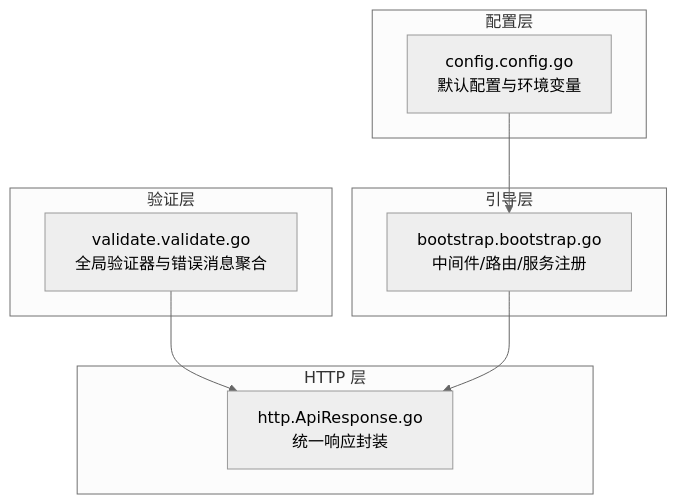
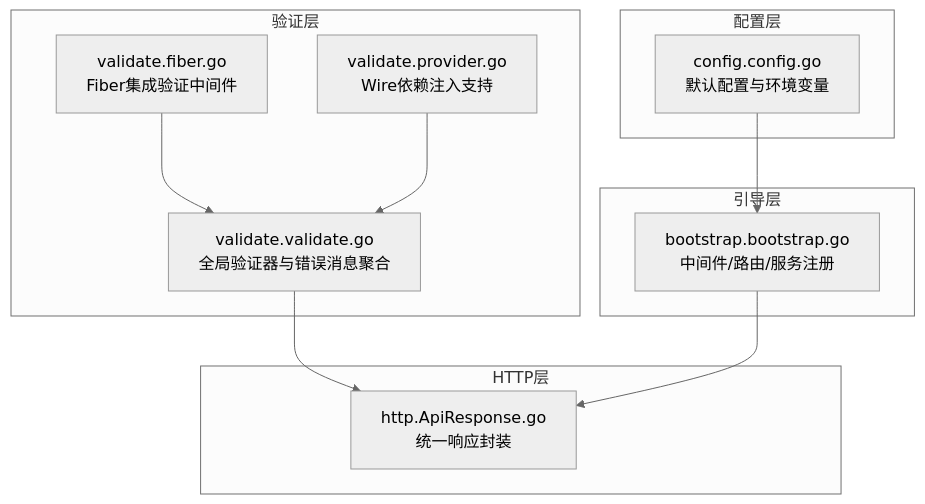
Before and after one commit to wuwuseo/cmf: the first of 3 diagrams in .qoder/repowiki/zh/content/数据验证.md, drawn with Mermaid (neutral theme). The commit also changed other lines of this file and 5 other files, not shown here.

````diff
--- a/.qoder/repowiki/zh/content/数据验证.md
+++ b/.qoder/repowiki/zh/content/数据验证.md
@@ -31,18 +42,22 @@
 ```mermaid
 graph TB
 subgraph "验证层"
 V["validate.validate.go<br/>全局验证器与错误消息聚合"]
+F["validate.fiber.go<br/>Fiber集成验证中间件"]
+P["validate.provider.go<br/>Wire依赖注入支持"]
 end
-subgraph "HTTP 层"
+subgraph "HTTP层"
 H["http.ApiResponse.go<br/>统一响应封装"]
 end
 subgraph "引导层"
 B["bootstrap.bootstrap.go<br/>中间件/路由/服务注册"]
 end
 subgraph "配置层"
 C["config.config.go<br/>默认配置与环境变量"]
 end
 V --> H
+F --> V
+P --> V
 B --> H
 C --> B
 ```
````
